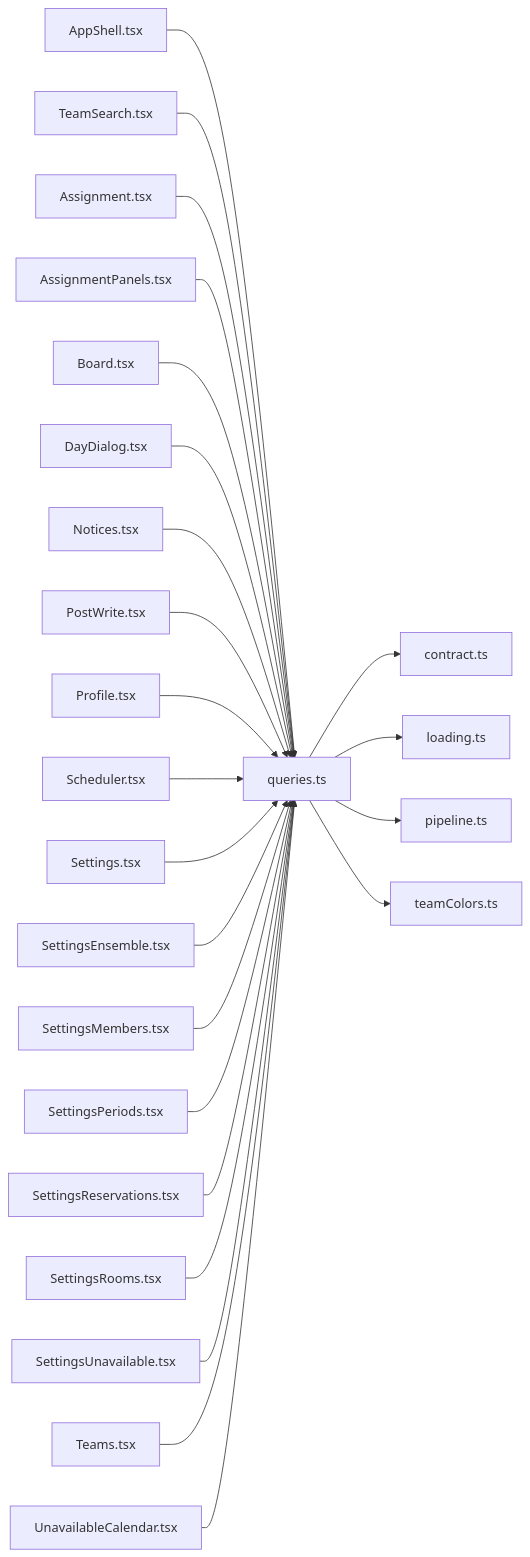
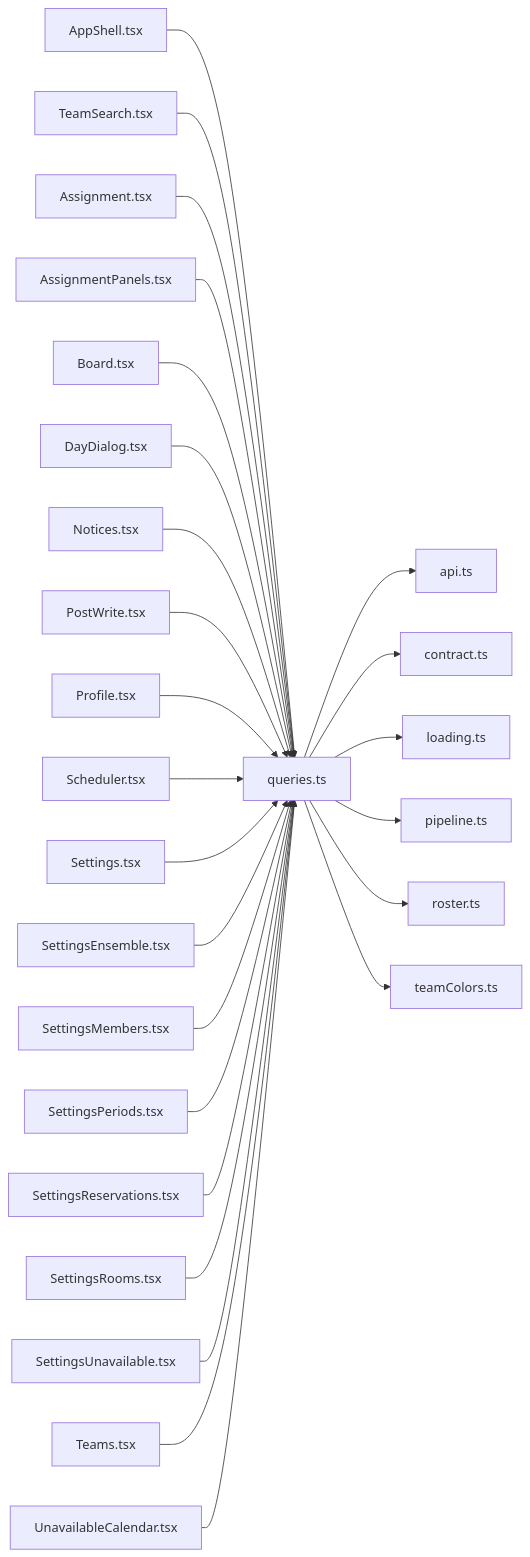
Before and after one commit to minkong-dev/Banblit: the diagram in .cluedoc/graph/frontend/src/components/queries.md, drawn with Mermaid. The commit also changed other lines of this file and 56 other files, not shown here.

Commit message:
frontend: import pure lib functions from their own files instead of through pipeline

````diff
--- a/.cluedoc/graph/frontend/src/components/queries.md
+++ b/.cluedoc/graph/frontend/src/components/queries.md
@@ -10,27 +10,29 @@
 ```mermaid
 flowchart LR
   frontend_src_components_queries["queries.ts"]
+  frontend_src_components_queries --> frontend_src_lib_api["api.ts"]
   frontend_src_components_queries --> frontend_src_lib_contract["contract.ts"]
   frontend_src_components_queries --> frontend_src_lib_loading["loading.ts"]
   frontend_src_components_queries --> frontend_src_lib_pipeline["pipeline.ts"]
+  frontend_src_components_queries --> frontend_src_lib_roster["roster.ts"]
   frontend_src_components_queries --> frontend_src_lib_teamColors["teamColors.ts"]
   frontend_src_components_AppShell["AppShell.tsx"] --> frontend_src_components_queries
   frontend_src_components_TeamSearch["TeamSearch.tsx"] --> frontend_src_components_queries
   frontend_src_routes_Assignment["Assignment.tsx"] --> frontend_src_components_queries
   frontend_src_routes_AssignmentPanels["AssignmentPanels.tsx"] --> frontend_src_components_queries
   frontend_src_routes_Board["Board.tsx"] --> frontend_src_components_queries
   frontend_src_routes_DayDialog["DayDialog.tsx"] --> frontend_src_components_queries
   frontend_src_routes_Notices["Notices.tsx"] --> frontend_src_components_queries
   frontend_src_routes_PostWrite["PostWrite.tsx"] --> frontend_src_components_queries
   frontend_src_routes_Profile["Profile.tsx"] --> frontend_src_components_queries
   frontend_src_routes_Scheduler["Scheduler.tsx"] --> frontend_src_components_queries
   frontend_src_routes_Settings["Settings.tsx"] --> frontend_src_components_queries
   frontend_src_routes_SettingsEnsemble["SettingsEnsemble.tsx"] --> frontend_src_components_queries
   frontend_src_routes_SettingsMembers["SettingsMembers.tsx"] --> frontend_src_components_queries
   frontend_src_routes_SettingsPeriods["SettingsPeriods.tsx"] --> frontend_src_components_queries
   frontend_src_routes_SettingsReservations["SettingsReservations.tsx"] --> frontend_src_components_queries
   frontend_src_routes_SettingsRooms["SettingsRooms.tsx"] --> frontend_src_components_queries
   frontend_src_routes_SettingsUnavailable["SettingsUnavailable.tsx"] --> frontend_src_components_queries
   frontend_src_routes_Teams["Teams.tsx"] --> frontend_src_components_queries
   frontend_src_routes_UnavailableCalendar["UnavailableCalendar.tsx"] --> frontend_src_components_queries
 ```
````
